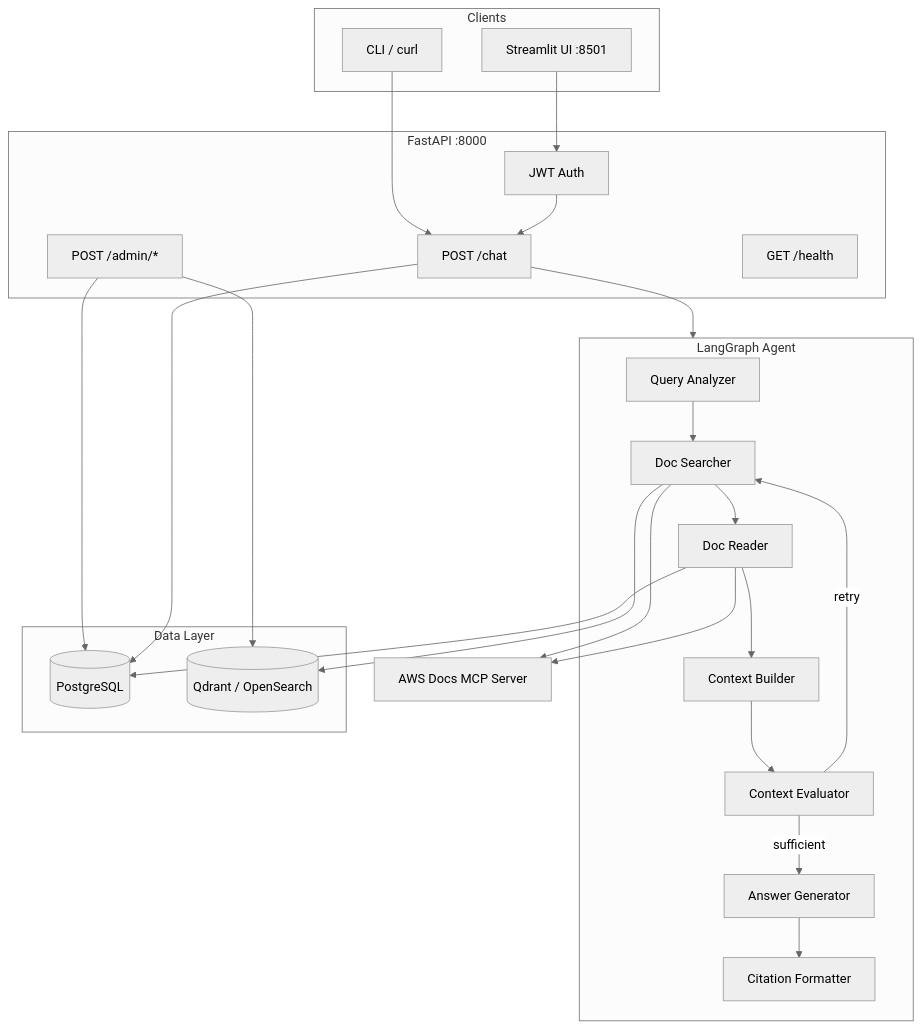
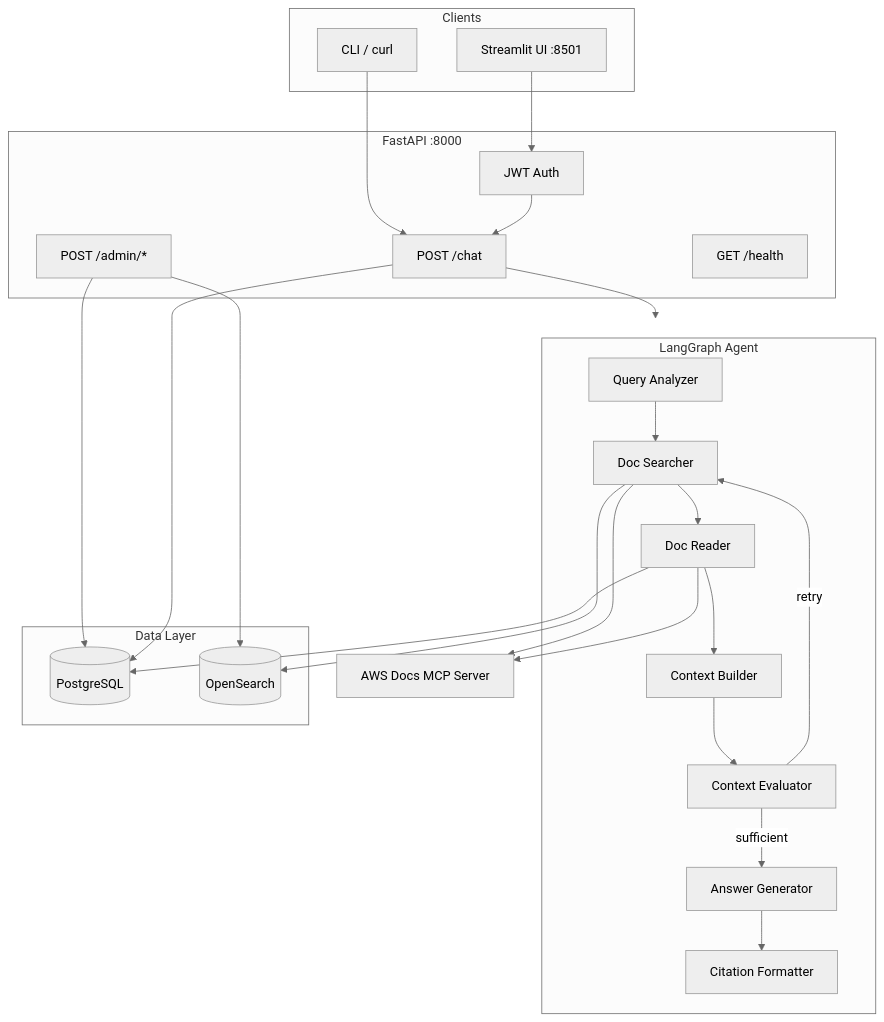
The diagram in README.md (samyak-bhagat/aws_documentation_bot), drawn with Mermaid (neutral theme) before and after one commit. The commit also changed other lines of this file and 46 other files, not shown here.

First line of the commit message:
feat: Transition to AWS-native architecture and enhance configuration

````diff
--- a/README.md
+++ b/README.md
@@ -66,47 +66,47 @@
 ```mermaid
 flowchart TB
     subgraph clients [Clients]
         UI[Streamlit UI :8501]
         CLI[CLI / curl]
     end
 
     subgraph api [FastAPI :8000]
         Auth[JWT Auth]
         Chat["POST /chat"]
         Admin["POST /admin/*"]
         Health["GET /health"]
     end
 
     subgraph agent [LangGraph Agent]
         QA[Query Analyzer]
         DS[Doc Searcher]
         DR[Doc Reader]
         CB[Context Builder]
         CE[Context Evaluator]
         AG[Answer Generator]
         CF[Citation Formatter]
         QA --> DS --> DR --> CB --> CE
         CE -->|sufficient| AG
         CE -->|retry| DS
         AG --> CF
     end
 
     subgraph data [Data Layer]
         PG[(PostgreSQL)]
-        VS[(Qdrant / OpenSearch)]
+        VS[(OpenSearch)]
     end
 
     MCP[AWS Docs MCP Server]
 
     UI --> Auth
     CLI --> Chat
     Auth --> Chat
     Chat --> agent
     Admin --> PG
     Admin --> VS
     DS --> VS
     DS --> MCP
     DR --> PG
     DR --> MCP
     Chat --> PG
 ```
````
